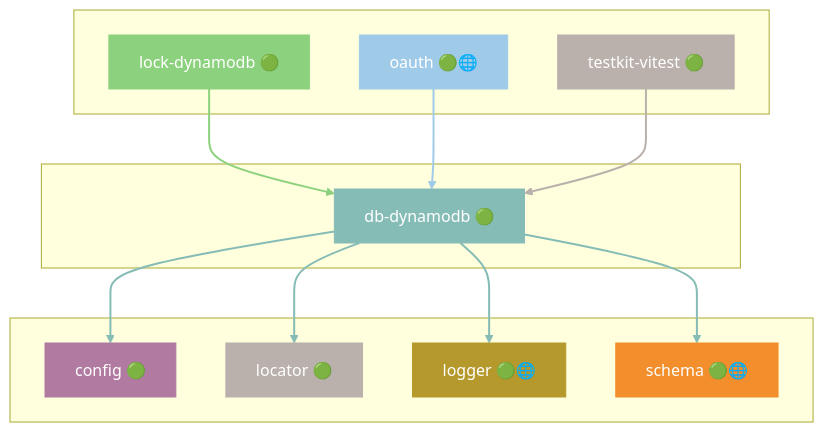
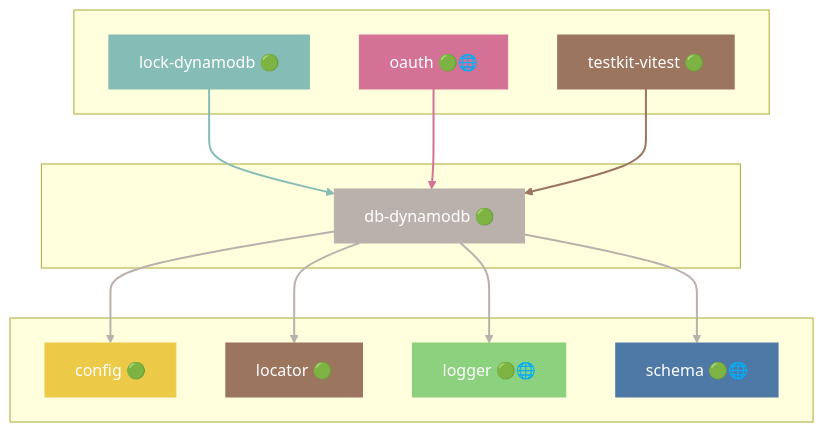
Diagram 11 of 49 in docs/DEPENDENCIES.md (grest-ts/grest-ts), drawn with Mermaid before and after one commit. The commit also changed other lines of this file and 8 other files, not shown here.

````diff
--- a/docs/DEPENDENCIES.md
+++ b/docs/DEPENDENCIES.md
@@ -875,39 +841,39 @@
 ```mermaid
 flowchart TB
     subgraph Dependents[" "]
         lock-dynamodb["lock-dynamodb 🟢"]
         oauth["oauth 🟢🌐"]
         testkit-vitest["testkit-vitest 🟢"]
     end
     subgraph Package[" "]
         db-dynamodb["db-dynamodb 🟢"]
     end
     subgraph Dependencies[" "]
         config["config 🟢"]
         locator["locator 🟢"]
         logger["logger 🟢🌐"]
         schema["schema 🟢🌐"]
     end
     lock-dynamodb --> db-dynamodb
     oauth --> db-dynamodb
     testkit-vitest --> db-dynamodb
     db-dynamodb --> config
     db-dynamodb --> locator
     db-dynamodb --> logger
     db-dynamodb --> schema
-    style db-dynamodb fill:#86BCB6,stroke:#86BCB6,color:#fff
-    style lock-dynamodb fill:#8CD17D,stroke:#8CD17D,color:#fff
-    style oauth fill:#A0CBE8,stroke:#A0CBE8,color:#fff
-    style testkit-vitest fill:#BAB0AC,stroke:#BAB0AC,color:#fff
-    style config fill:#B07AA1,stroke:#B07AA1,color:#fff
-    style locator fill:#BAB0AC,stroke:#BAB0AC,color:#fff
-    style logger fill:#B6992D,stroke:#B6992D,color:#fff
-    style schema fill:#F28E2B,stroke:#F28E2B,color:#fff
-    linkStyle 0 stroke:#8CD17D,stroke-width:2px
-    linkStyle 1 stroke:#A0CBE8,stroke-width:2px
-    linkStyle 2 stroke:#BAB0AC,stroke-width:2px
-    linkStyle 3 stroke:#86BCB6,stroke-width:2px
-    linkStyle 4 stroke:#86BCB6,stroke-width:2px
-    linkStyle 5 stroke:#86BCB6,stroke-width:2px
-    linkStyle 6 stroke:#86BCB6,stroke-width:2px
+    style db-dynamodb fill:#BAB0AC,stroke:#BAB0AC,color:#fff
+    style lock-dynamodb fill:#86BCB6,stroke:#86BCB6,color:#fff
+    style oauth fill:#D37295,stroke:#D37295,color:#fff
+    style testkit-vitest fill:#9C755F,stroke:#9C755F,color:#fff
+    style config fill:#EDC948,stroke:#EDC948,color:#fff
+    style locator fill:#9C755F,stroke:#9C755F,color:#fff
+    style logger fill:#8CD17D,stroke:#8CD17D,color:#fff
+    style schema fill:#4E79A7,stroke:#4E79A7,color:#fff
+    linkStyle 0 stroke:#86BCB6,stroke-width:2px
+    linkStyle 1 stroke:#D37295,stroke-width:2px
+    linkStyle 2 stroke:#9C755F,stroke-width:2px
+    linkStyle 3 stroke:#BAB0AC,stroke-width:2px
+    linkStyle 4 stroke:#BAB0AC,stroke-width:2px
+    linkStyle 5 stroke:#BAB0AC,stroke-width:2px
+    linkStyle 6 stroke:#BAB0AC,stroke-width:2px
 ```
````
